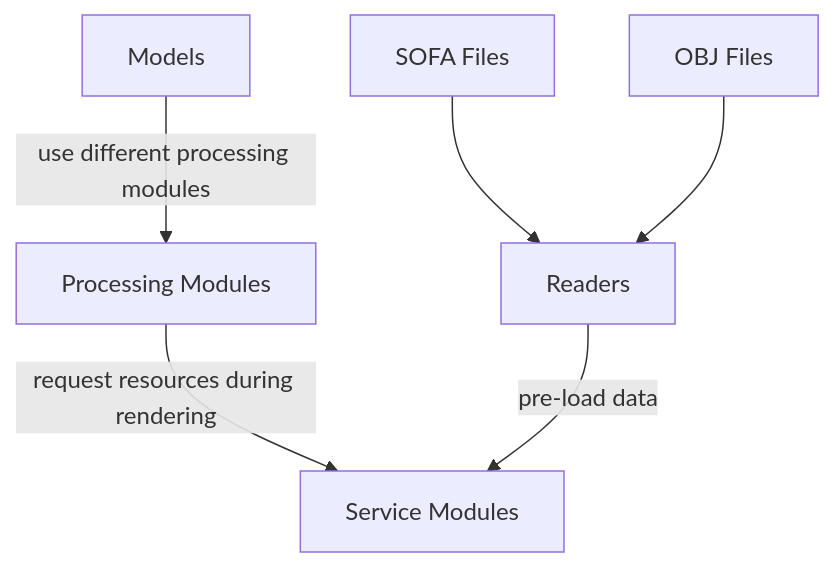
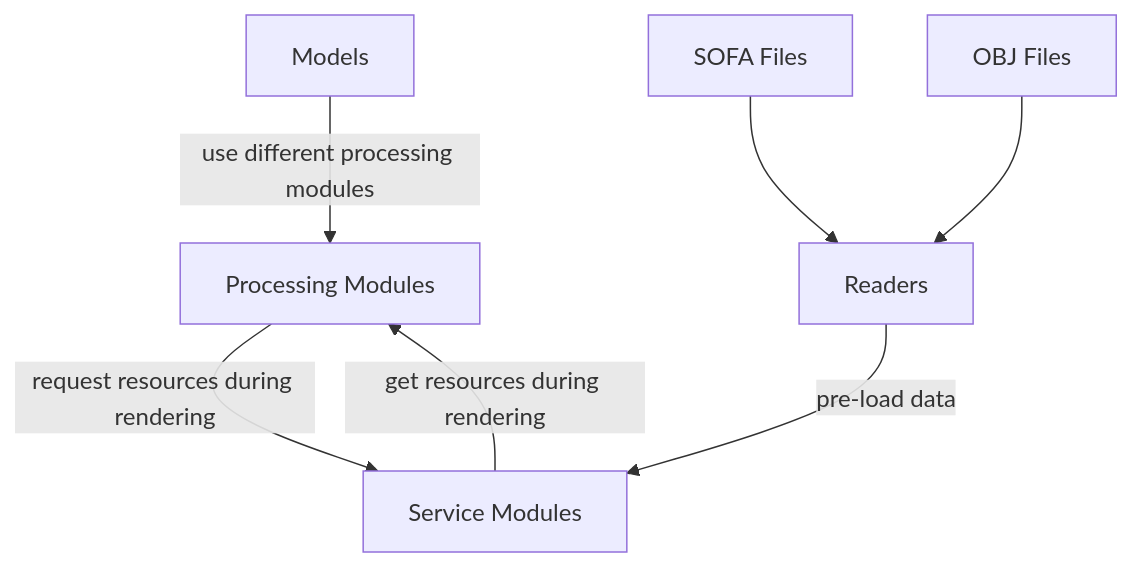
One commit to GrupoDiana/BRT-Documentation changed the diagram in docs/library/service-modules/index.md. Above: the diagram before and after it, drawn with Mermaid. The commit also changed 3 other files, not shown here.

````diff
--- a/docs/library/service-modules/index.md
+++ b/docs/library/service-modules/index.md
@@ -29,16 +29,17 @@
 ```mermaid
 flowchart TD
 
 F[Models]
 A[Processing Modules]
 B[Service Modules]
 C[Readers]
 D[SOFA Files]
 E[OBJ Files]
 
 F -->|use different processing modules| A
 A -->|request resources during rendering| B
+B -->|get resources during rendering| A
 C -->|pre-load data| B
 D --> C
 E --> C
 ```
````
